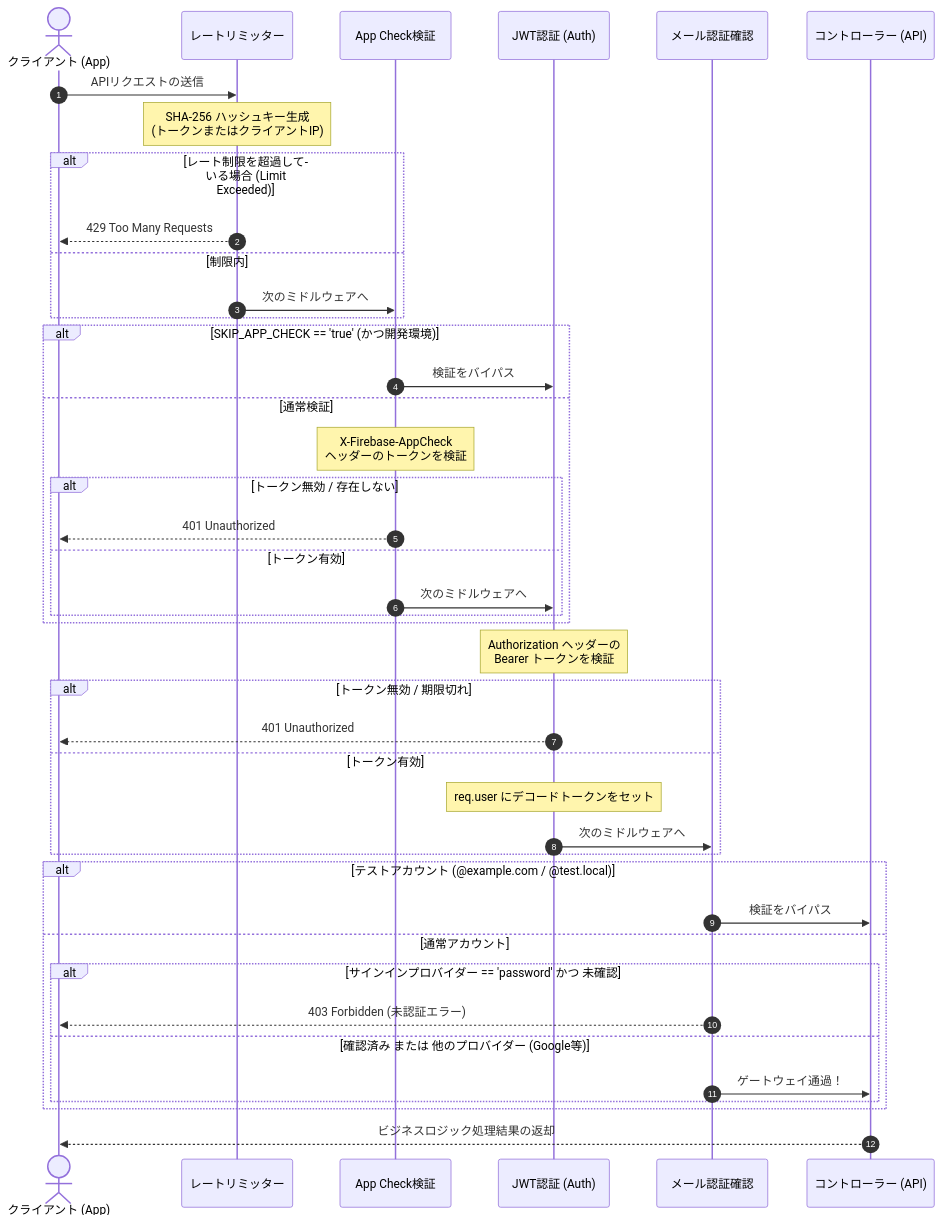
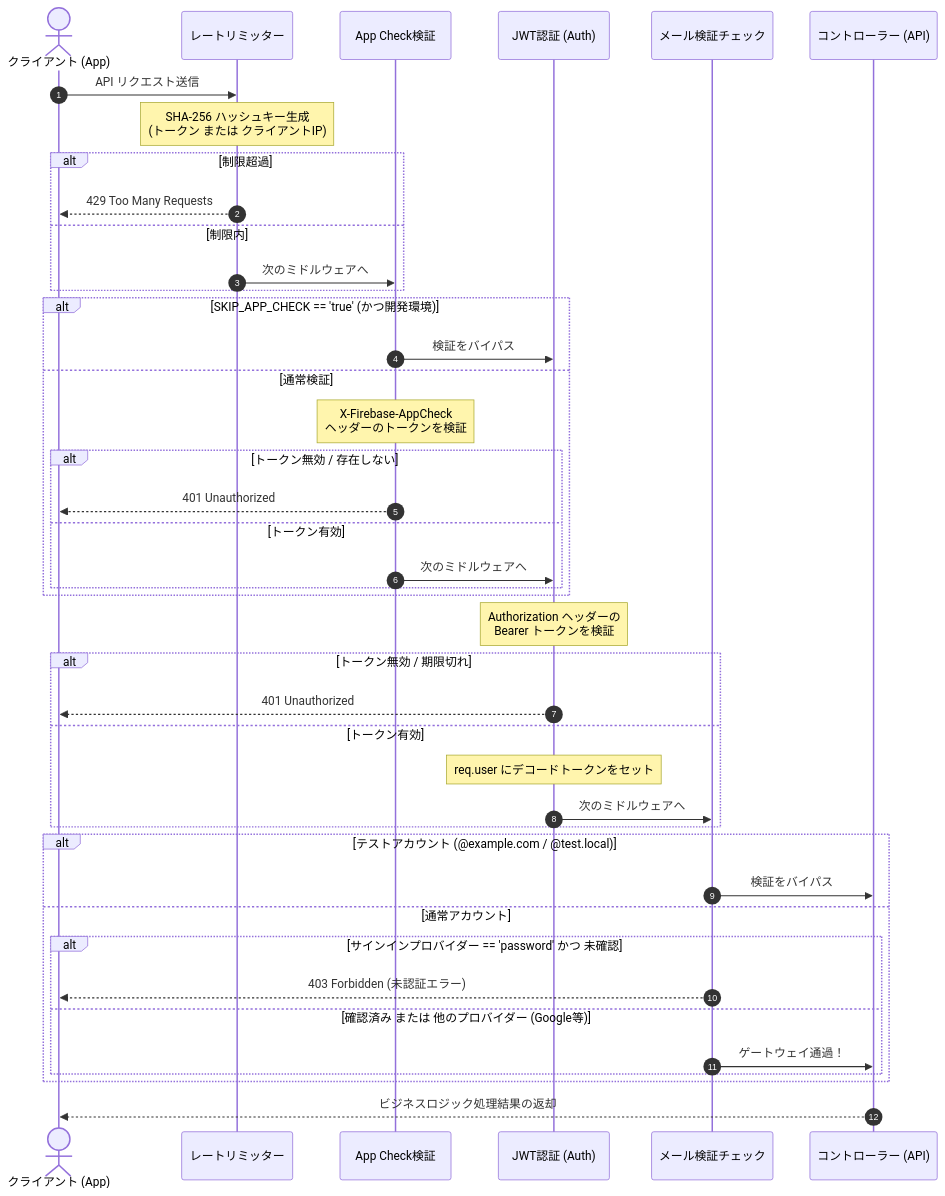
One commit to ScriptureHabit/scripture-habit changed the first of 2 diagrams in docs/ja/details/api-gateway-security.md. Above: the diagram before and after it, drawn with Mermaid. The commit also changed other lines of this file and 15 other files, not shown here.

````diff
--- a/docs/ja/details/api-gateway-security.md
+++ b/docs/ja/details/api-gateway-security.md
@@ -23,50 +23,50 @@
 ```mermaid
 sequenceDiagram
     autonumber
     actor Client as クライアント (App)
     participant Limiter as レートリミッター
     participant AppCheck as App Check検証
     participant JWT as JWT認証 (Auth)
-    participant Email as メール認証確認
+    participant Email as メール検証チェック
     participant Controller as コントローラー (API)
 
-    Client->>Limiter: APIリクエストの送信
+    Client->>Limiter: API リクエスト送信
     
-    Note over Limiter: SHA-256 ハッシュキー生成<br/>(トークンまたはクライアントIP)
-    alt レート制限を超過している場合 (Limit Exceeded)
+    Note over Limiter: SHA-256 ハッシュキー生成<br/>(トークン または クライアントIP)
+    alt 制限超過
         Limiter-->>Client: 429 Too Many Requests
     else 制限内
         Limiter->>AppCheck: 次のミドルウェアへ
     end
 
     alt SKIP_APP_CHECK == 'true' (かつ開発環境)
         AppCheck->>JWT: 検証をバイパス
     else 通常検証
         Note over AppCheck: X-Firebase-AppCheck<br/>ヘッダーのトークンを検証
         alt トークン無効 / 存在しない
             AppCheck-->>Client: 401 Unauthorized
         else トークン有効
             AppCheck->>JWT: 次のミドルウェアへ
         end
     end
 
     Note over JWT: Authorization ヘッダーの<br/>Bearer トークンを検証
     alt トークン無効 / 期限切れ
         JWT-->>Client: 401 Unauthorized
     else トークン有効
         Note over JWT: req.user にデコードトークンをセット
         JWT->>Email: 次のミドルウェアへ
     end
 
     alt テストアカウント (@example.com / @test.local)
         Email->>Controller: 検証をバイパス
     else 通常アカウント
         alt サインインプロバイダー == 'password' かつ 未確認
             Email-->>Client: 403 Forbidden (未認証エラー)
         else 確認済み または 他のプロバイダー (Google等)
             Email->>Controller: ゲートウェイ通過！
         end
     end
 
     Controller-->>Client: ビジネスロジック処理結果の返却
 ```
````
